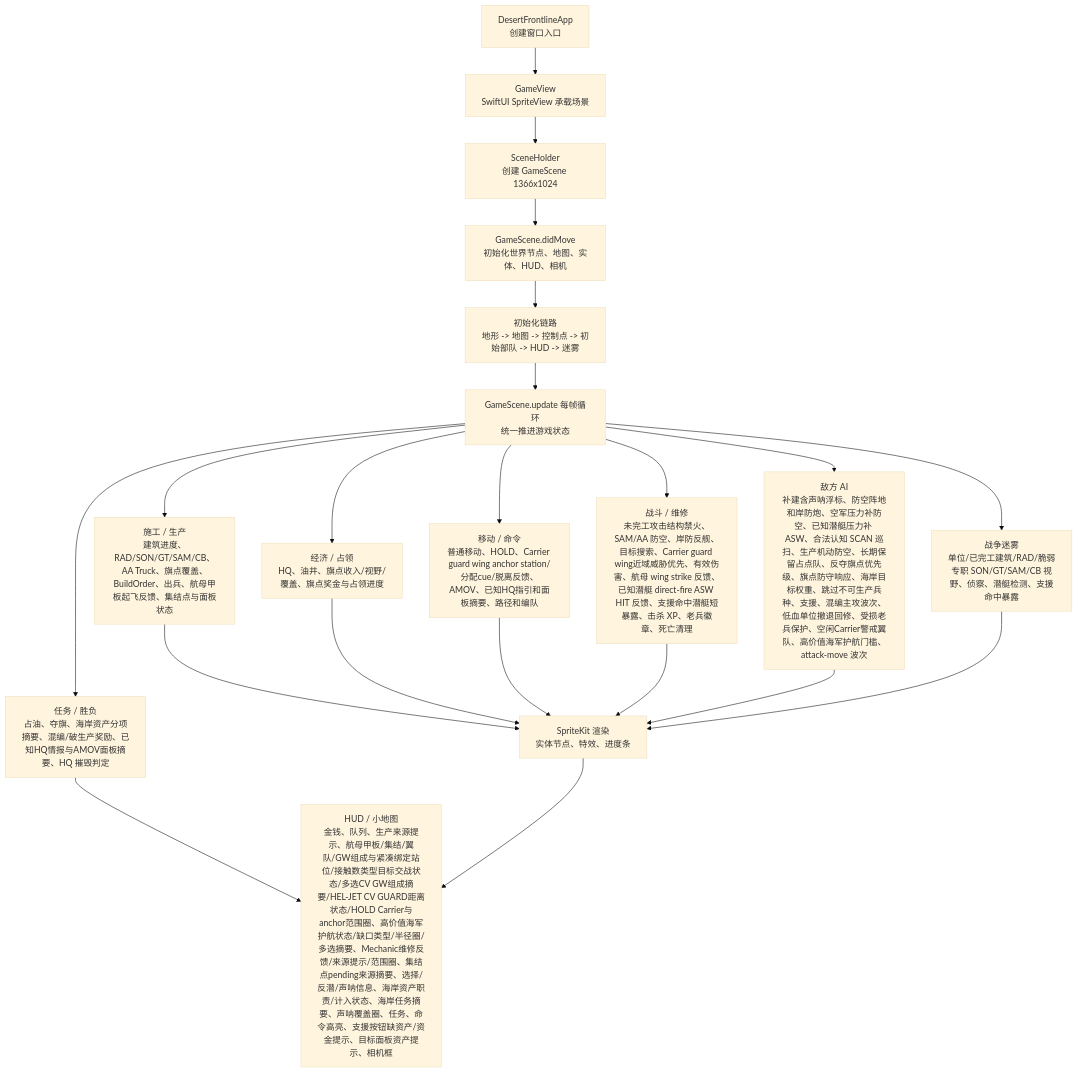
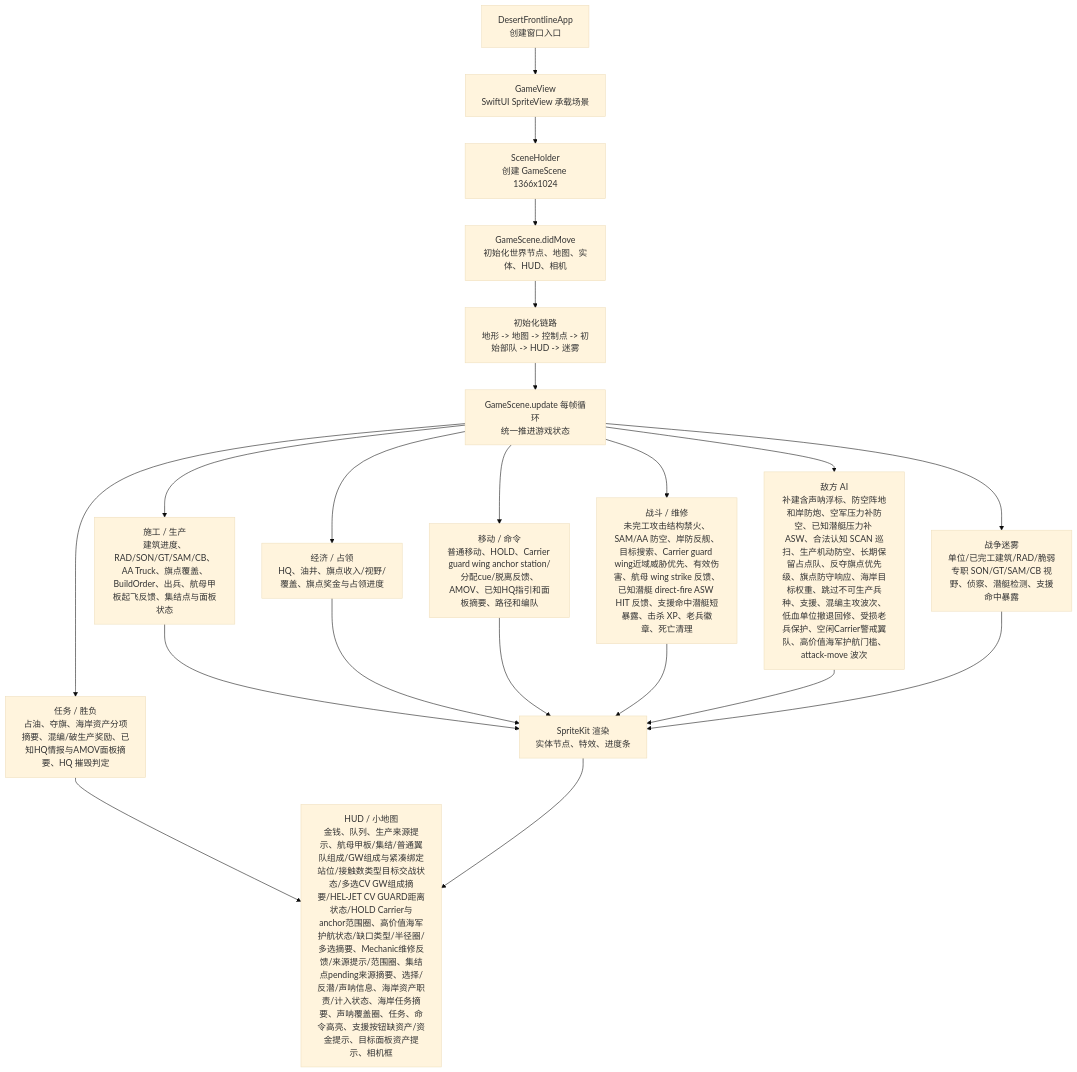
The first of 3 diagrams in md/flow/flowchart.md (Altman-sam114/1145), drawn with Mermaid (base theme) before and after one commit. The commit also changed 4 other files, not shown here.

````diff
--- a/md/flow/flowchart.md
+++ b/md/flow/flowchart.md
@@ -9,23 +9,23 @@
 ```mermaid
 flowchart TD
   App["DesertFrontlineApp\n创建窗口入口"] --> View["GameView\nSwiftUI SpriteView 承载场景"]
   View --> Holder["SceneHolder\n创建 GameScene 1366x1024"]
   Holder --> Scene["GameScene.didMove\n初始化世界节点、地图、实体、HUD、相机"]
   Scene --> Init["初始化链路\n地形 -> 地图 -> 控制点 -> 初始部队 -> HUD -> 迷雾"]
   Init --> Loop["GameScene.update 每帧循环\n统一推进游戏状态"]
   Loop --> Build["施工 / 生产\n建筑进度、RAD/SON/GT/SAM/CB、AA Truck、旗点覆盖、BuildOrder、出兵、航母甲板起飞反馈、集结点与面板状态"]
   Loop --> Economy["经济 / 占领\nHQ、油井、旗点收入/视野/覆盖、旗点奖金与占领进度"]
   Loop --> Commands["移动 / 命令\n普通移动、HOLD、Carrier guard wing anchor station/分配cue/脱离反馈、AMOV、已知HQ指引和面板摘要、路径和编队"]
   Loop --> Combat["战斗 / 维修\n未完工攻击结构禁火、SAM/AA 防空、岸防反舰、目标搜索、Carrier guard wing近域威胁优先、有效伤害、航母 wing strike 反馈、已知潜艇 direct-fire ASW HIT 反馈、支援命中潜艇短暴露、击杀 XP、老兵徽章、死亡清理"]
   Loop --> AI["敌方 AI\n补建含声呐浮标、防空阵地和岸防炮、空军压力补防空、已知潜艇压力补 ASW、合法认知 SCAN 巡扫、生产机动防空、长期保留占点队、反夺旗点优先级、旗点防守响应、海岸目标权重、跳过不可生产兵种、支援、混编主攻波次、低血单位撤退回修、受损老兵保护、空闲Carrier警戒翼队、高价值海军护航门槛、attack-move 波次"]
   Loop --> Fog["战争迷雾\n单位/已完工建筑/RAD/脆弱专职 SON/GT/SAM/CB 视野、侦察、潜艇检测、支援命中暴露"]
   Loop --> Mission["任务 / 胜负\n占油、夺旗、海岸资产分项摘要、混编/破生产奖励、已知HQ情报与AMOV面板摘要、HQ 摧毁判定"]
   Build --> Render["SpriteKit 渲染\n实体节点、特效、进度条"]
   Economy --> Render
   Commands --> Render
   Combat --> Render
   AI --> Render
   Fog --> Render
-  Mission --> HUD["HUD / 小地图\n金钱、队列、生产来源提示、航母甲板/集结/翼队/GW组成与紧凑绑定站位/接触数类型目标交战状态/多选CV GW组成摘要/HEL-JET CV GUARD距离状态/HOLD Carrier与anchor范围圈、高价值海军护航状态/缺口类型/半径圈/多选摘要、Mechanic维修反馈/来源提示/范围圈、集结点pending来源摘要、选择/反潜/声呐信息、海岸资产职责/计入状态、海岸任务摘要、声呐覆盖圈、任务、命令高亮、支援按钮缺资产/资金提示、目标面板资产提示、相机框"]
+  Mission --> HUD["HUD / 小地图\n金钱、队列、生产来源提示、航母甲板/集结/普通翼队组成/GW组成与紧凑绑定站位/接触数类型目标交战状态/多选CV GW组成摘要/HEL-JET CV GUARD距离状态/HOLD Carrier与anchor范围圈、高价值海军护航状态/缺口类型/半径圈/多选摘要、Mechanic维修反馈/来源提示/范围圈、集结点pending来源摘要、选择/反潜/声呐信息、海岸资产职责/计入状态、海岸任务摘要、声呐覆盖圈、任务、命令高亮、支援按钮缺资产/资金提示、目标面板资产提示、相机框"]
   Render --> HUD
 ```
````
